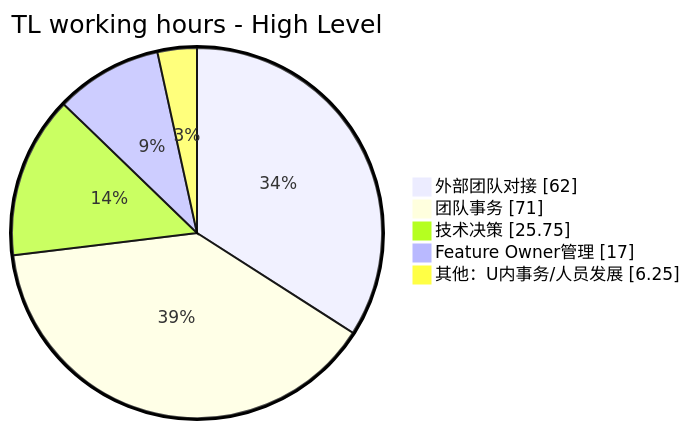
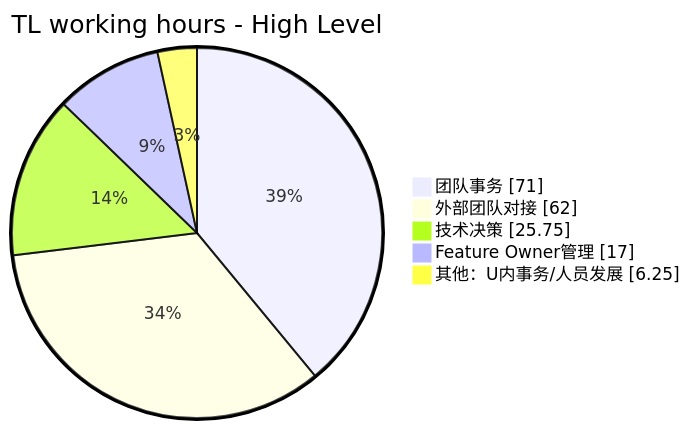
One commit to EthanLin-TWer/blog changed the first of 2 diagrams in _posts/2023-08-05-my-tech-lead-journey-iv.md. Above: the diagram before and after it, drawn with Mermaid. The commit also changed other lines of this file, not shown here.

````diff
--- a/_posts/2023-08-05-my-tech-lead-journey-iv.md
+++ b/_posts/2023-08-05-my-tech-lead-journey-iv.md
@@ -41,9 +41,9 @@
 ```mermaid
 %%{init: {"pie": {"textPosition": 0.5, "useWidth": 960}, "themeVariables": {"pieOuterStrokeWidth": "3px"}} }%%
 pie showData title TL working hours - High Level
+  "团队事务": 71
   "外部团队对接": 62
-  "团队事务": 71
   "技术决策": 25.75
   "Feature Owner管理": 17
   "其他：U内事务/人员发展": 6.25
 ```
````
